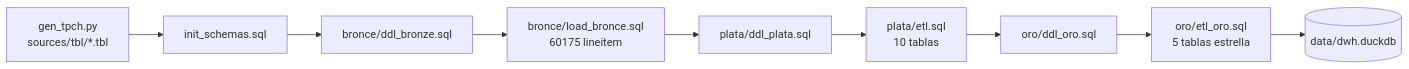
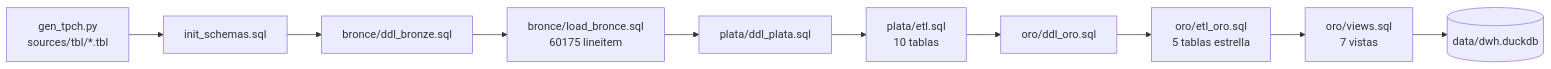
Before and after one commit to CaletOrtiz/sql-datawarehouse-project: the first of 3 diagrams in docs/validacion_etl.md, drawn with Mermaid. The commit also changed other lines of this file and 13 other files, not shown here.

Commit message:
Refactor data warehouse structure and enhance ETL processes; add new views and update README

````diff
--- a/docs/validacion_etl.md
+++ b/docs/validacion_etl.md
@@ -8,11 +8,12 @@
 ```mermaid
 flowchart LR
     A[gen_tpch.py<br/>sources/tbl/*.tbl] --> B[init_schemas.sql]
     B --> C[bronce/ddl_bronze.sql]
     C --> D[bronce/load_bronce.sql<br/>60175 lineitem]
     D --> E[plata/ddl_plata.sql]
     E --> F[plata/etl.sql<br/>10 tablas]
     F --> G[oro/ddl_oro.sql]
     G --> H[oro/etl_oro.sql<br/>5 tablas estrella]
-    H --> I[(data/dwh.duckdb)]
+    H --> I[oro/views.sql<br/>7 vistas]
+    I --> J[(data/dwh.duckdb)]
 ```
````
